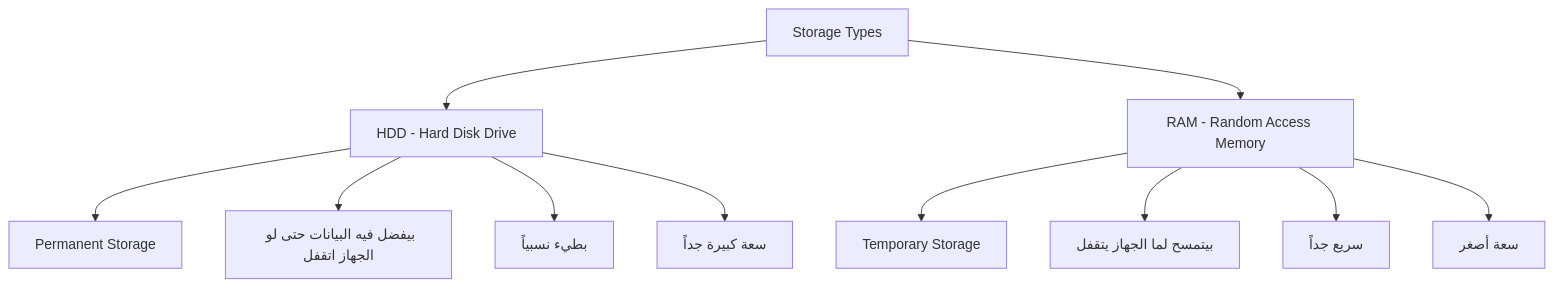
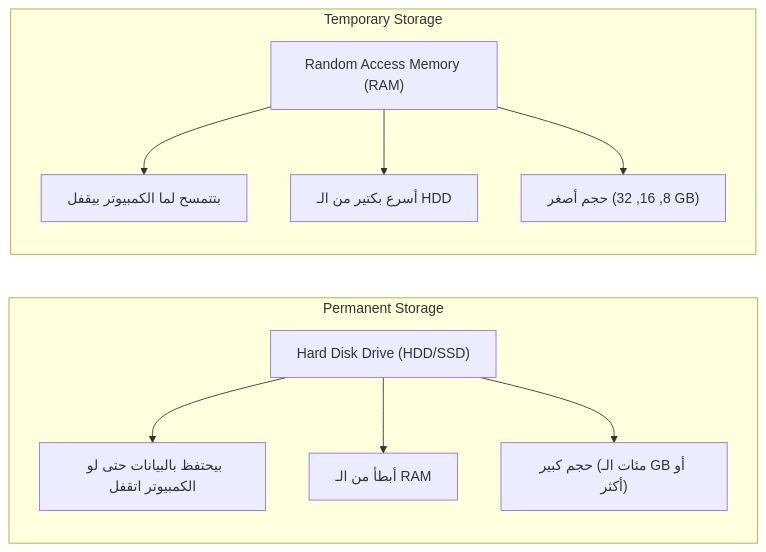
Before and after one commit to ammaryasser28/Introduction-To-Cyber-Security: the fifth of 14 diagrams in Operating Systems & Networking Fundamentals.md, drawn with Mermaid. The commit also changed other lines of this file, not shown here.

````diff
--- a/Operating Systems & Networking Fundamentals.md
+++ b/Operating Systems & Networking Fundamentals.md
@@ -213,16 +176,16 @@
 ```mermaid
-graph TD
-    STORAGE[Storage Types]
-    STORAGE --> HDD[HDD - Hard Disk Drive]
-    STORAGE --> RAM[RAM - Random Access Memory]
+graph LR
+    subgraph "Permanent Storage"
+        HDD["Hard Disk Drive (HDD/SSD)"]
+        HDD --> HD1["بيحتفظ بالبيانات حتى لو الكمبيوتر اتقفل"]
+        HDD --> HD2["أبطأ من الـ RAM"]
+        HDD --> HD3["حجم كبير (مئات الـ GB أو أكثر)"]
+    end
 
-    HDD --> H1[Permanent Storage]
-    HDD --> H2[بيفضل فيه البيانات حتى لو الجهاز اتقفل]
-    HDD --> H3[بطيء نسبياً]
-    HDD --> H4[سعة كبيرة جداً]
-
-    RAM --> R1[Temporary Storage]
-    RAM --> R2[بيتمسح لما الجهاز يتقفل]
-    RAM --> R3[سريع جداً]
-    RAM --> R4[سعة أصغر]
+    subgraph "Temporary Storage"
+        RAM["Random Access Memory (RAM)"]
+        RAM --> R1["بتتمسح لما الكمبيوتر بيقفل"]
+        RAM --> R2["أسرع بكتير من الـ HDD"]
+        RAM --> R3["حجم أصغر (8, 16, 32 GB)"]
+    end
 ```
````
